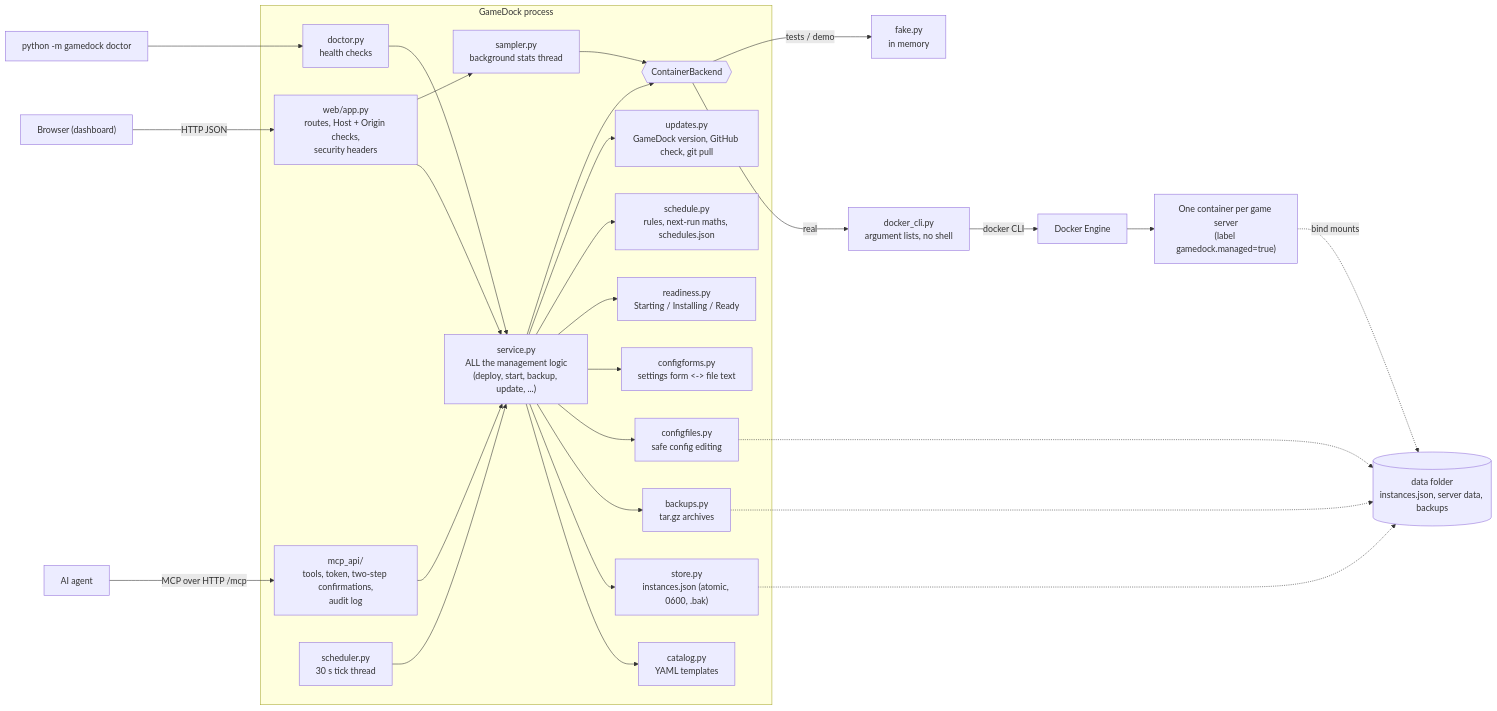
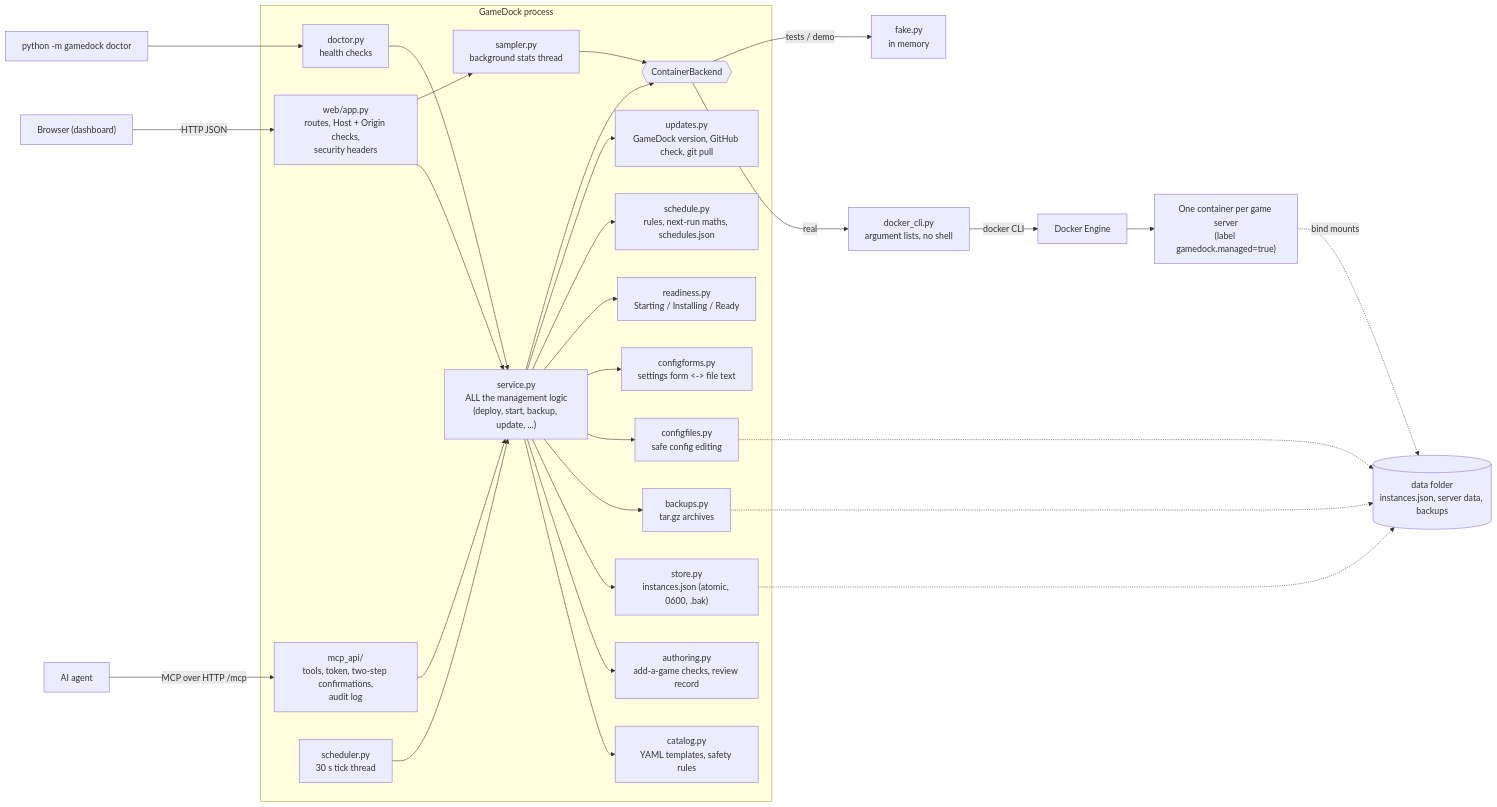
Before and after one commit to jacobbweber/GameDock: the diagram in docs/ARCHITECTURE.md, drawn with Mermaid. The commit also changed other lines of this file and 37 other files, not shown here.

Commit message:
0.5.0: repeatable way to add games: ADDING_A_GAME guide, template, MCP authoring tools, review step for AI-added entries

````diff
--- a/docs/ARCHITECTURE.md
+++ b/docs/ARCHITECTURE.md
@@ -5,37 +5,38 @@
 ```mermaid
 flowchart LR
     Browser["Browser (dashboard)"] -->|HTTP JSON| Web
     Agent["AI agent"] -->|MCP over HTTP /mcp| MCP
     CLI["python -m gamedock doctor"] --> Doctor
 
     subgraph GameDock process
         Web["web/app.py<br/>routes, Host + Origin checks,<br/>security headers"]
         MCP["mcp_api/<br/>tools, token, two-step confirmations,<br/>audit log"]
         Doctor["doctor.py<br/>health checks"]
         Service["service.py<br/>ALL the management logic<br/>(deploy, start, backup, update, ...)"]
         Web --> Service
         MCP --> Service
         Doctor --> Service
-        Service --> Catalog["catalog.py<br/>YAML templates"]
+        Service --> Catalog["catalog.py<br/>YAML templates, safety rules"]
+        Service --> Authoring["authoring.py<br/>add-a-game checks, review record"]
         Service --> Store["store.py<br/>instances.json (atomic, 0600, .bak)"]
         Service --> Backups["backups.py<br/>tar.gz archives"]
         Service --> Config["configfiles.py<br/>safe config editing"]
         Service --> Forms["configforms.py<br/>settings form <-> file text"]
         Service --> Ready["readiness.py<br/>Starting / Installing / Ready"]
         Service --> Sched["schedule.py<br/>rules, next-run maths, schedules.json"]
         Service --> Updates["updates.py<br/>GameDock version, GitHub check, git pull"]
         Scheduler["scheduler.py<br/>30 s tick thread"] --> Service
         Service --> Backend{{"ContainerBackend"}}
         Sampler["sampler.py<br/>background stats thread"] --> Backend
         Web --> Sampler
     end
 
     Backend -->|real| DockerCli["docker_cli.py<br/>argument lists, no shell"]
     Backend -->|tests / demo| Fake["fake.py<br/>in memory"]
     DockerCli -->|docker CLI| Engine["Docker Engine"]
     Engine --> Games["One container per game server<br/>(label gamedock.managed=true)"]
     Store -.-> Files[("data folder<br/>instances.json, server data, backups")]
     Backups -.-> Files
     Config -.-> Files
     Games -.->|bind mounts| Files
 ```
````
